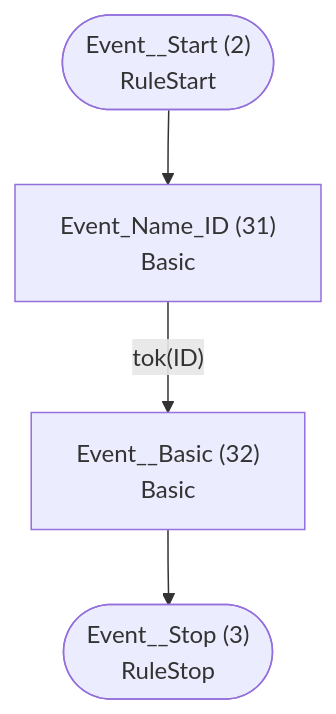
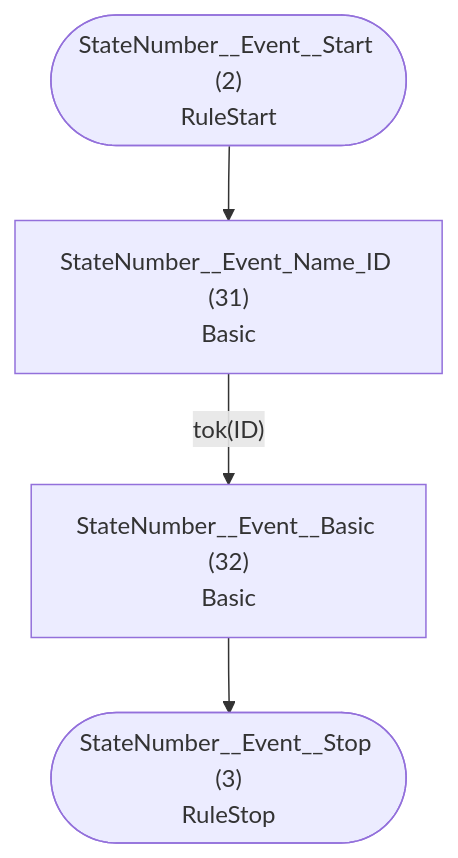
Before and after one commit to TypeFox/fastbelt: the second of 5 diagrams in examples/statemachine/atn.md, drawn with Mermaid. The commit also changed other lines of this file and 12 other files, not shown here.

````diff
--- a/examples/statemachine/atn.md
+++ b/examples/statemachine/atn.md
@@ -62,11 +62,11 @@
 ```mermaid
 flowchart TD
-    q2(["Event__Start (2)<br/>RuleStart"])
-    q3(["Event__Stop (3)<br/>RuleStop"])
-    q31["Event_Name_ID (31)<br/>Basic<br/>"]
-    q32["Event__Basic (32)<br/>Basic<br/>"]
+    q2(["StateNumber__Event__Start (2)<br/>RuleStart"])
+    q3(["StateNumber__Event__Stop (3)<br/>RuleStop"])
+    q31["StateNumber__Event_Name_ID (31)<br/>Basic<br/>"]
+    q32["StateNumber__Event__Basic (32)<br/>Basic<br/>"]
 
     q2 --> q31
     q31 -->|"tok(ID)"| q32
     q32 --> q3
 ```
````
